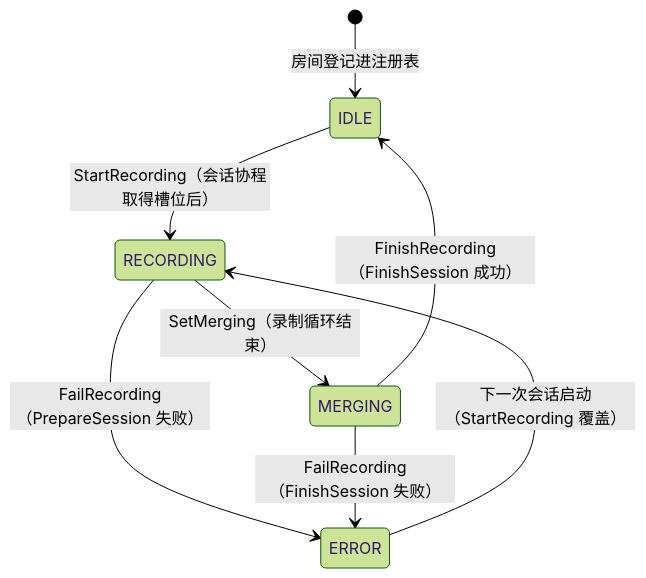
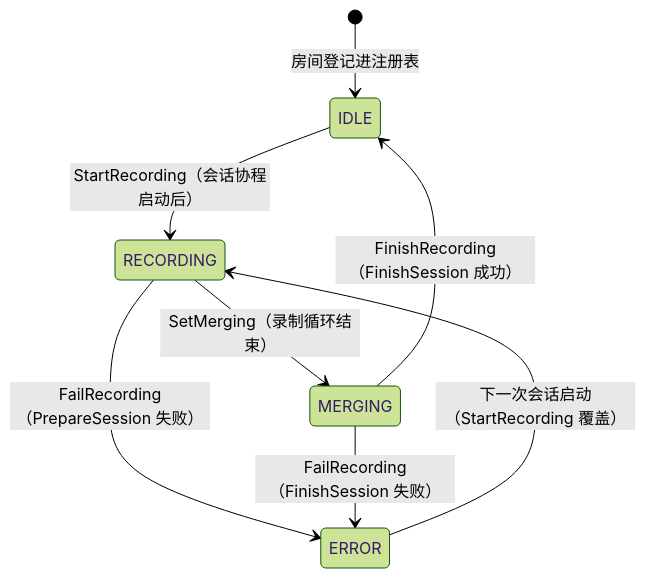
The seventh of 10 diagrams in docs/design/architecture-diagrams.md (xgbt/suika), drawn with Mermaid (forest theme) before and after one commit. The commit also changed other lines of this file and 4 other files, not shown here.

````diff
--- a/docs/design/architecture-diagrams.md
+++ b/docs/design/architecture-diagrams.md
@@ -325,10 +328,10 @@
 ```mermaid
 stateDiagram-v2
     [*] --> IDLE : 房间登记进注册表
-    IDLE --> RECORDING : StartRecording（会话协程取得槽位后）
+    IDLE --> RECORDING : StartRecording（会话协程启动后）
     RECORDING --> MERGING : SetMerging（录制循环结束）
     MERGING --> IDLE : FinishRecording（FinishSession 成功）
     RECORDING --> ERROR : FailRecording（PrepareSession 失败）
     MERGING --> ERROR : FailRecording（FinishSession 失败）
     ERROR --> RECORDING : 下一次会话启动（StartRecording 覆盖）
 ```
````
